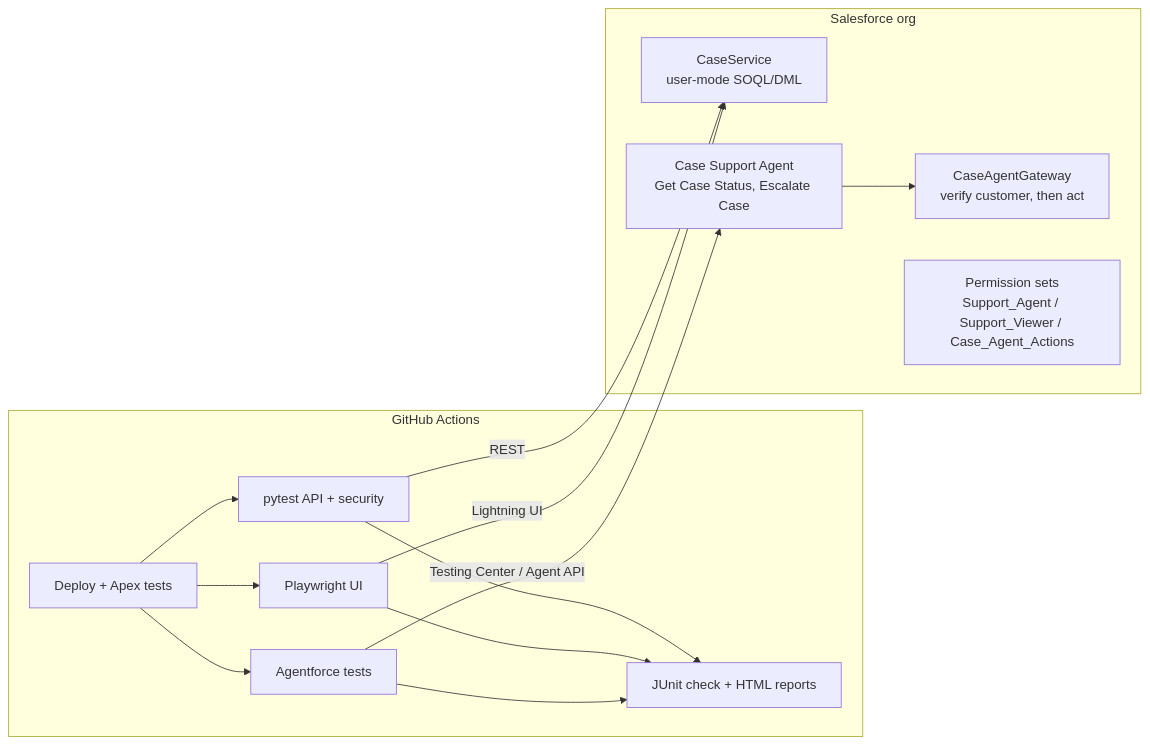
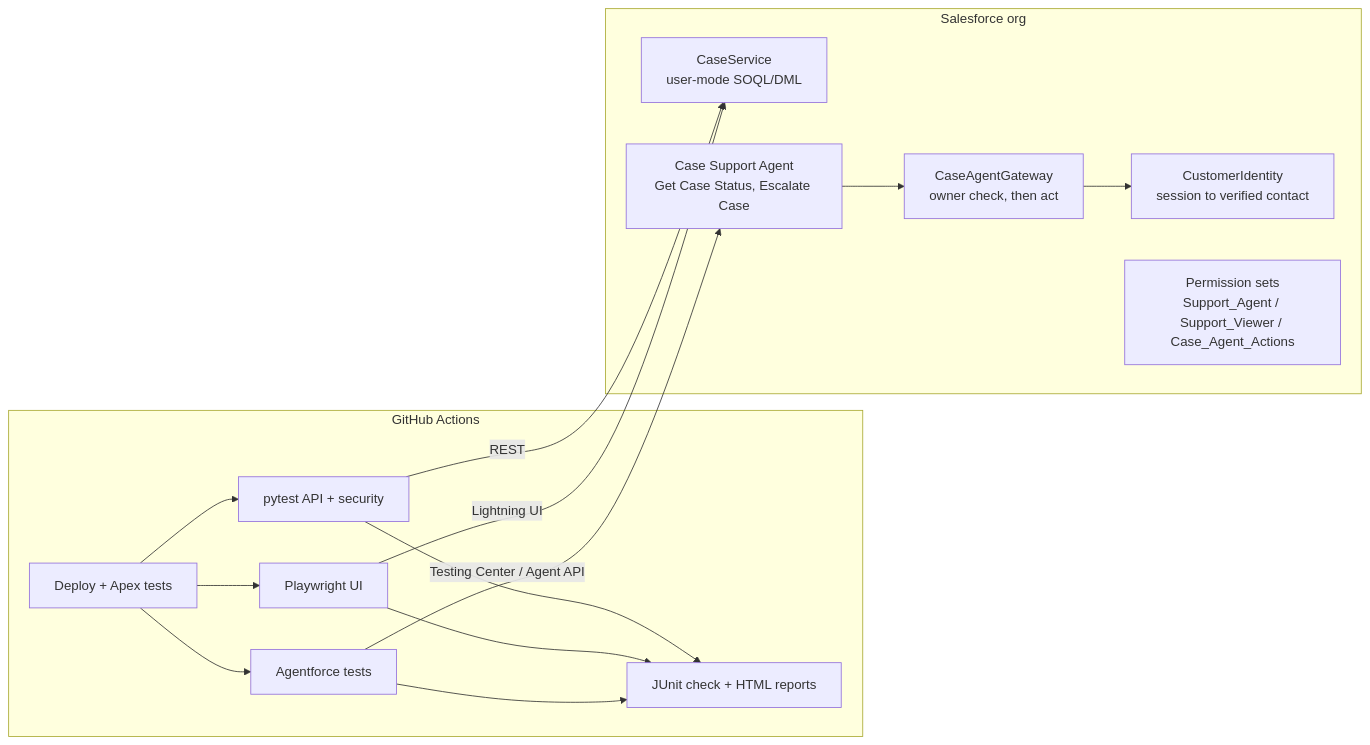
One commit to Dinotinto/salesforce-qa-portfolio changed the diagram in README.md. Above: the diagram before and after it, drawn with Mermaid. The commit also changed other lines of this file and 20 other files, not shown here.

First line of the commit message:
Verify customers from session context, isolate agent seed data, fix p95

````diff
--- a/README.md
+++ b/README.md
@@ -15,18 +33,19 @@
 ```mermaid
 flowchart LR
   subgraph GitHub Actions
     D[Deploy + Apex tests] --> A[pytest API + security]
     D --> U[Playwright UI]
     D --> G[Agentforce tests]
     A & U & G --> R[JUnit check + HTML reports]
   end
   subgraph Salesforce org
     S[CaseService<br/>user-mode SOQL/DML]
-    GW[CaseAgentGateway<br/>verify customer, then act]
+    ID[CustomerIdentity<br/>session to verified contact]
+    GW[CaseAgentGateway<br/>owner check, then act]
     PS[Permission sets<br/>Support_Agent / Support_Viewer / Case_Agent_Actions]
     AG[Case Support Agent<br/>Get Case Status, Escalate Case]
   end
   A -- REST --> S
   U -- Lightning UI --> S
-  G -- Testing Center / Agent API --> AG --> GW
+  G -- Testing Center / Agent API --> AG --> GW --> ID
 ```
````
